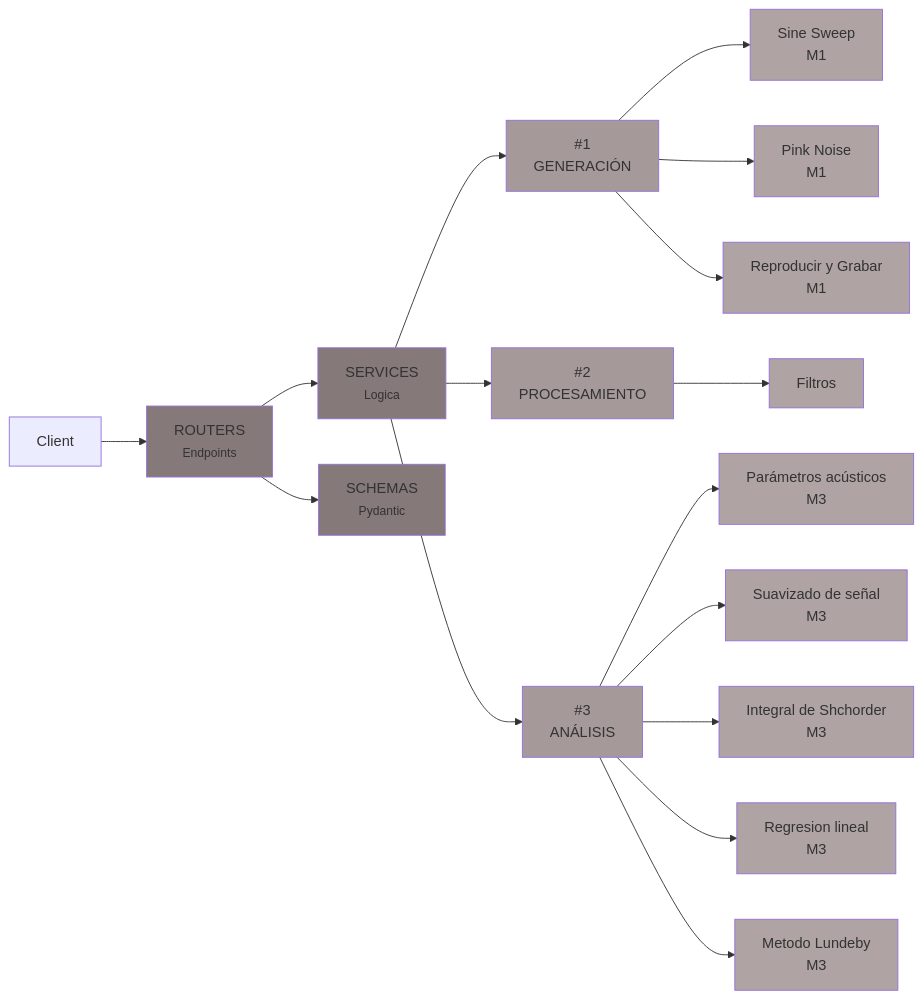
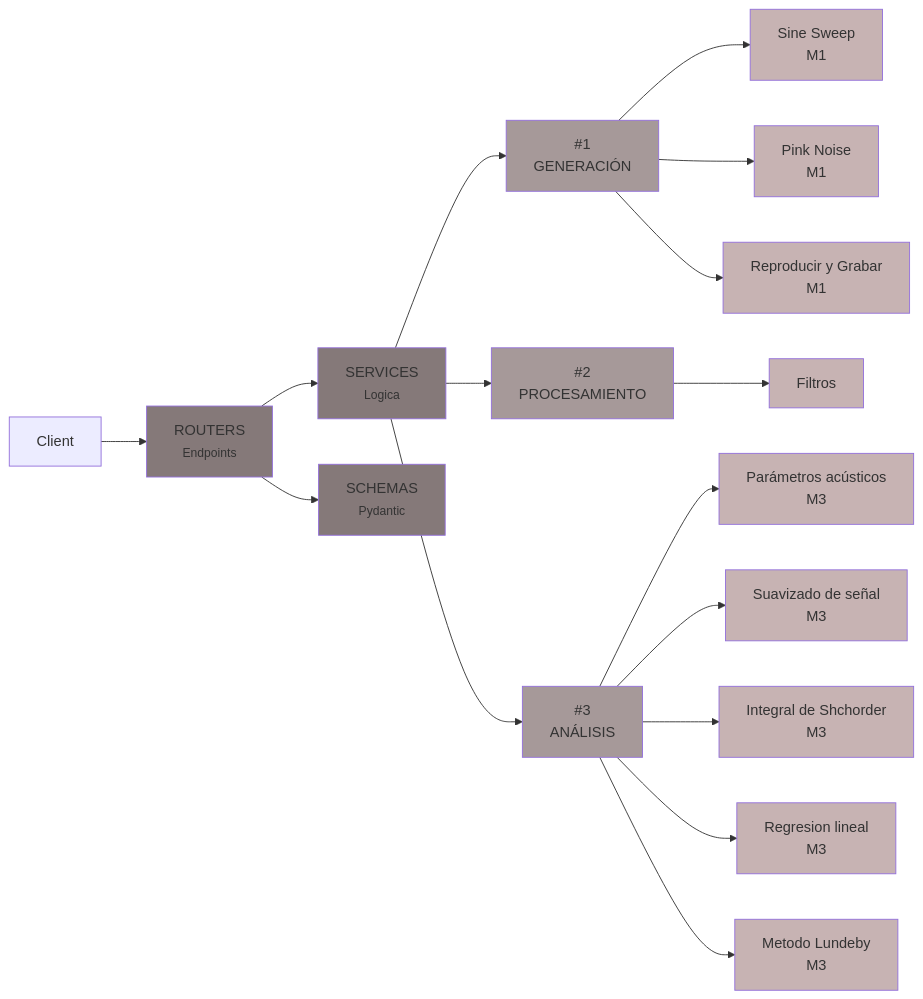
One commit to valentinadepiero/trabajo-practico-ss changed the diagram in README.md. Above: the diagram before and after it, drawn with Mermaid.

````diff
--- a/README.md
+++ b/README.md
@@ -60,36 +60,36 @@
 ```mermaid
 graph LR
 Client --> R[ROUTERS<br><small>Endpoints</small>]
 R --> S[SERVICES<br><small>Logica</small>]
 S --> Gen[#1<br>GENERACIÓN]
 Gen --> SS[Sine Sweep<br>M1]
 Gen --> PN[Pink Noise<br>M1]
 Gen --> Rec[Reproducir y Grabar<br>M1]
 S --> Proc[#2<br>PROCESAMIENTO]
 Proc --> F[Filtros]
 S --> An[#3<br>ANÁLISIS]
 An --> Par[Parámetros acústicos<br>M3]
 An -->Sua[Suavizado de señal<br>M3]
 An -->InS[Integral de Shchorder<br>M3]
 An -->Reg[Regresion lineal<br>M3]
 An -->Mlun[Metodo Lundeby<br>M3]
 R --> Sch[SCHEMAS<br><small>Pydantic</small>]
 
 style S fill: #857979
 style Sch fill: #857979
 style R fill: #857979
 style Gen fill: #a69999
 style Proc fill: #a69999
 style An fill: #a69999
 style Par fill: #turquoise
-style SS fill: #AFA3A3
-style PN fill: #AFA3A3
-style Rec fill: #AFA3A3
-style F fill: #AFA3A3
-style Par fill: #AFA3A3
-style Sua fill: #AFA3A3
-style InS fill: #AFA3A3
-style Reg fill: #AFA3A3
-style Mlun fill: #AFA3A3
+style SS fill: #C7B3B3
+style PN fill: #C7B3B3
+style Rec fill: #C7B3B3
+style F fill: #C7B3B3
+style Par fill: #C7B3B3
+style Sua fill: #C7B3B3
+style InS fill: #C7B3B3
+style Reg fill: #C7B3B3
+style Mlun fill: #C7B3B3
 
 ```
````
